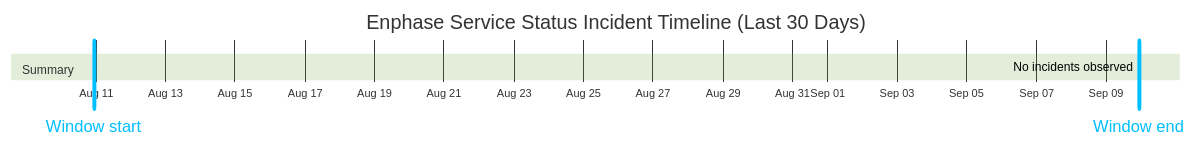
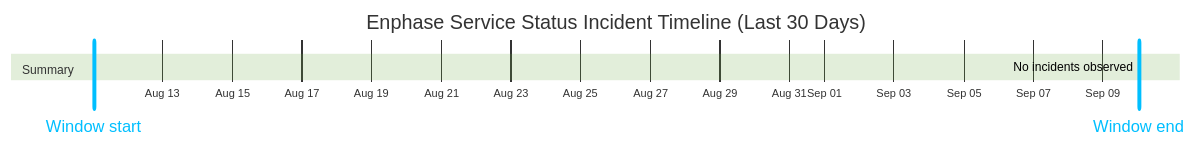
One commit to barneyonline/ha-enphase-energy changed the diagram in wiki/Service-Status-History.md. Above: the diagram before and after it, drawn with Mermaid (forest theme). The commit also changed other lines of this file and 3 other files, not shown here.

````diff
--- a/wiki/Service-Status-History.md
+++ b/wiki/Service-Status-History.md
@@ -14,10 +14,10 @@
 ```mermaid
 gantt
     title Enphase Service Status Incident Timeline (Last 30 Days)
     dateFormat  YYYY-MM-DDTHH:mm:ss
     axisFormat  %b %d
-    Window start :vert, window-start, 2026-08-10T22:41:16, 0ms
-    Window end :vert, window-end, 2026-09-09T22:41:16, 0ms
+    Window start :vert, window-start, 2026-08-11T00:50:40, 0ms
+    Window end :vert, window-end, 2026-09-10T00:50:40, 0ms
     section Summary
-    No incidents observed :done, 2026-09-09T22:41:16, 1m
+    No incidents observed :done, 2026-09-10T00:50:40, 1m
 ```
````
